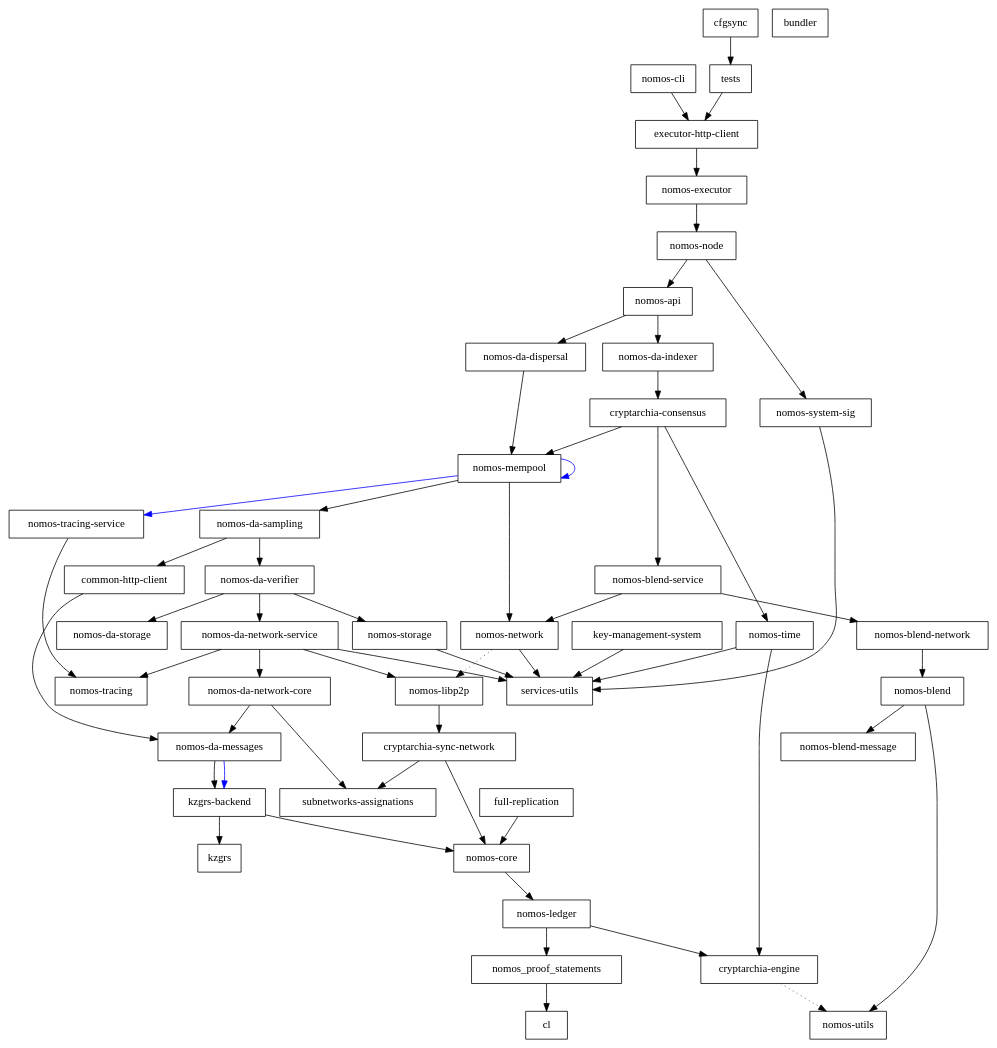
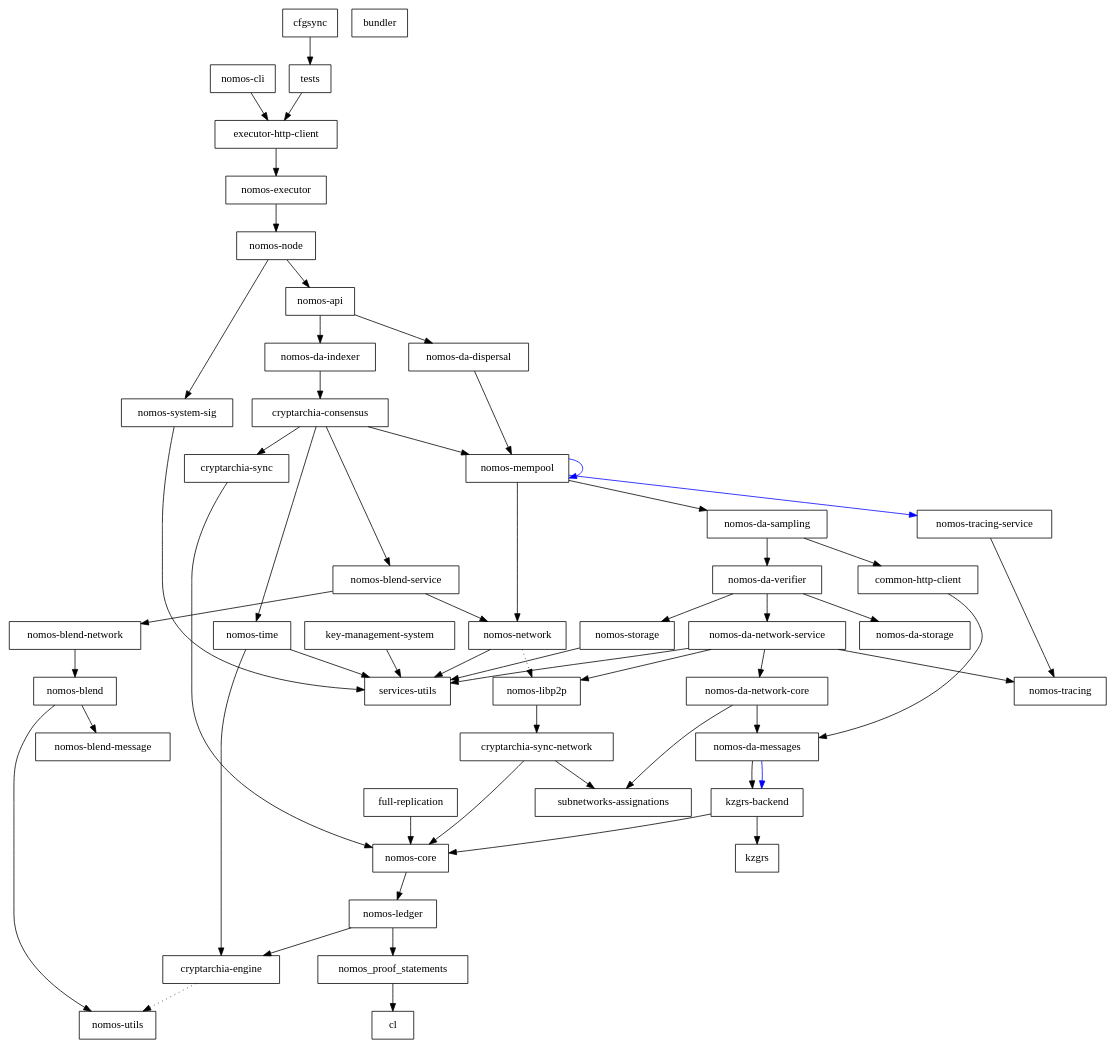
The diagram in dependencies_graph.dot (Astro521/logos-blockchain), drawn with Graphviz before and after one commit. The commit also changed 10 other files, not shown here.

Commit message:
refactor: extract Synchronization to cryptarchia-sync crate (#1209)

```diff
--- a/dependencies_graph.dot
+++ b/dependencies_graph.dot
@@ -1,101 +1,104 @@
 digraph {
     0 [ label = "common-http-client" shape = box]
     1 [ label = "nomos-core" shape = box]
     2 [ label = "cl" shape = box]
     3 [ label = "cryptarchia-engine" shape = box]
     4 [ label = "nomos-utils" shape = box]
     5 [ label = "nomos-ledger" shape = box]
     6 [ label = "nomos_proof_statements" shape = box]
     7 [ label = "nomos-da-messages" shape = box]
     8 [ label = "kzgrs-backend" shape = box]
     9 [ label = "kzgrs" shape = box]
     10 [ label = "executor-http-client" shape = box]
     11 [ label = "nomos-executor" shape = box]
     12 [ label = "nomos-api" shape = box]
     13 [ label = "cryptarchia-consensus" shape = box]
-    14 [ label = "cryptarchia-sync-network" shape = box]
-    15 [ label = "subnetworks-assignations" shape = box]
-    16 [ label = "nomos-blend-service" shape = box]
-    17 [ label = "nomos-blend" shape = box]
-    18 [ label = "nomos-blend-message" shape = box]
-    19 [ label = "nomos-blend-network" shape = box]
-    20 [ label = "nomos-libp2p" shape = box]
-    21 [ label = "nomos-network" shape = box]
-    22 [ label = "services-utils" shape = box]
-    23 [ label = "nomos-da-sampling" shape = box]
-    24 [ label = "nomos-da-network-core" shape = box]
-    25 [ label = "nomos-da-network-service" shape = box]
-    26 [ label = "nomos-tracing" shape = box]
-    27 [ label = "nomos-da-storage" shape = box]
-    28 [ label = "nomos-da-verifier" shape = box]
-    29 [ label = "nomos-storage" shape = box]
-    30 [ label = "nomos-mempool" shape = box]
-    31 [ label = "nomos-tracing-service" shape = box]
-    32 [ label = "nomos-time" shape = box]
-    33 [ label = "nomos-da-dispersal" shape = box]
-    34 [ label = "nomos-da-indexer" shape = box]
-    35 [ label = "nomos-node" shape = box]
-    36 [ label = "nomos-system-sig" shape = box]
-    37 [ label = "bundler" shape = box]
-    38 [ label = "nomos-cli" shape = box]
-    39 [ label = "full-replication" shape = box]
-    40 [ label = "key-management-system" shape = box]
-    41 [ label = "cfgsync" shape = box]
-    42 [ label = "tests" shape = box]
+    14 [ label = "cryptarchia-sync" shape = box]
+    15 [ label = "cryptarchia-sync-network" shape = box]
+    16 [ label = "subnetworks-assignations" shape = box]
+    17 [ label = "nomos-blend-service" shape = box]
+    18 [ label = "nomos-blend" shape = box]
+    19 [ label = "nomos-blend-message" shape = box]
+    20 [ label = "nomos-blend-network" shape = box]
+    21 [ label = "nomos-libp2p" shape = box]
+    22 [ label = "nomos-network" shape = box]
+    23 [ label = "services-utils" shape = box]
+    24 [ label = "nomos-da-sampling" shape = box]
+    25 [ label = "nomos-da-network-core" shape = box]
+    26 [ label = "nomos-da-network-service" shape = box]
+    27 [ label = "nomos-tracing" shape = box]
+    28 [ label = "nomos-da-storage" shape = box]
+    29 [ label = "nomos-da-verifier" shape = box]
+    30 [ label = "nomos-storage" shape = box]
+    31 [ label = "nomos-mempool" shape = box]
+    32 [ label = "nomos-tracing-service" shape = box]
+    33 [ label = "nomos-time" shape = box]
+    34 [ label = "nomos-da-dispersal" shape = box]
+    35 [ label = "nomos-da-indexer" shape = box]
+    36 [ label = "nomos-node" shape = box]
+    37 [ label = "nomos-system-sig" shape = box]
+    38 [ label = "bundler" shape = box]
+    39 [ label = "nomos-cli" shape = box]
+    40 [ label = "full-replication" shape = box]
+    41 [ label = "key-management-system" shape = box]
+    42 [ label = "cfgsync" shape = box]
+    43 [ label = "tests" shape = box]
     0 -> 7 [ ]
     1 -> 5 [ ]
     3 -> 4 [ style = dotted]
     5 -> 3 [ ]
     5 -> 6 [ ]
     6 -> 2 [ ]
     7 -> 8 [ ]
     7 -> 8 [ color = blue]
     8 -> 9 [ ]
     8 -> 1 [ ]
     10 -> 11 [ ]
-    11 -> 35 [ ]
-    12 -> 33 [ ]
+    11 -> 36 [ ]
     12 -> 34 [ ]
-    13 -> 16 [ ]
-    13 -> 30 [ ]
-    13 -> 32 [ ]
+    12 -> 35 [ ]
+    13 -> 14 [ ]
+    13 -> 17 [ ]
+    13 -> 31 [ ]
+    13 -> 33 [ ]
     14 -> 1 [ ]
-    14 -> 15 [ ]
-    16 -> 19 [ ]
-    16 -> 21 [ ]
-    17 -> 18 [ ]
-    17 -> 4 [ ]
-    19 -> 17 [ ]
-    20 -> 14 [ ]
-    21 -> 20 [ style = dotted]
-    21 -> 22 [ ]
-    23 -> 0 [ ]
-    23 -> 28 [ ]
-    24 -> 7 [ ]
-    24 -> 15 [ ]
-    25 -> 24 [ ]
-    25 -> 20 [ ]
-    25 -> 26 [ ]
-    25 -> 22 [ ]
-    28 -> 25 [ ]
-    28 -> 27 [ ]
-    28 -> 29 [ ]
-    29 -> 22 [ ]
+    15 -> 1 [ ]
+    15 -> 16 [ ]
+    17 -> 20 [ ]
+    17 -> 22 [ ]
+    18 -> 19 [ ]
+    18 -> 4 [ ]
+    20 -> 18 [ ]
+    21 -> 15 [ ]
+    22 -> 21 [ style = dotted]
+    22 -> 23 [ ]
+    24 -> 0 [ ]
+    24 -> 29 [ ]
+    25 -> 7 [ ]
+    25 -> 16 [ ]
+    26 -> 25 [ ]
+    26 -> 21 [ ]
+    26 -> 27 [ ]
+    26 -> 23 [ ]
+    29 -> 26 [ ]
+    29 -> 28 [ ]
+    29 -> 30 [ ]
     30 -> 23 [ ]
-    30 -> 30 [ color = blue]
-    30 -> 21 [ ]
-    30 -> 31 [ color = blue]
-    31 -> 26 [ ]
-    32 -> 3 [ ]
-    32 -> 22 [ ]
-    33 -> 30 [ ]
-    34 -> 13 [ ]
-    35 -> 12 [ ]
-    35 -> 36 [ ]
-    36 -> 22 [ ]
-    38 -> 10 [ ]
-    39 -> 1 [ ]
-    40 -> 22 [ ]
-    41 -> 42 [ ]
-    42 -> 10 [ ]
+    31 -> 24 [ ]
+    31 -> 31 [ color = blue]
+    31 -> 22 [ ]
+    31 -> 32 [ color = blue]
+    32 -> 27 [ ]
+    33 -> 3 [ ]
+    33 -> 23 [ ]
+    34 -> 31 [ ]
+    35 -> 13 [ ]
+    36 -> 12 [ ]
+    36 -> 37 [ ]
+    37 -> 23 [ ]
+    39 -> 10 [ ]
+    40 -> 1 [ ]
+    41 -> 23 [ ]
+    42 -> 43 [ ]
+    43 -> 10 [ ]
 }
```
